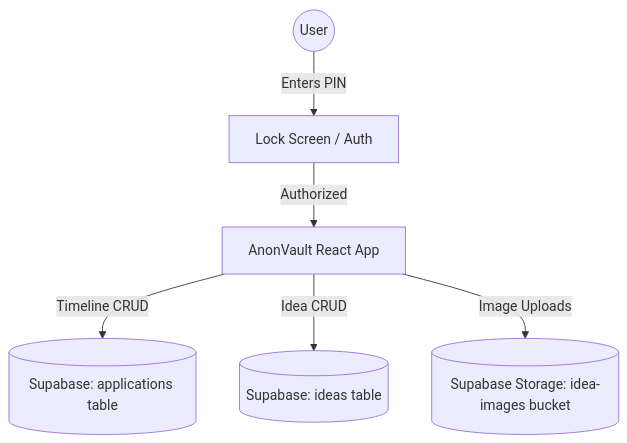
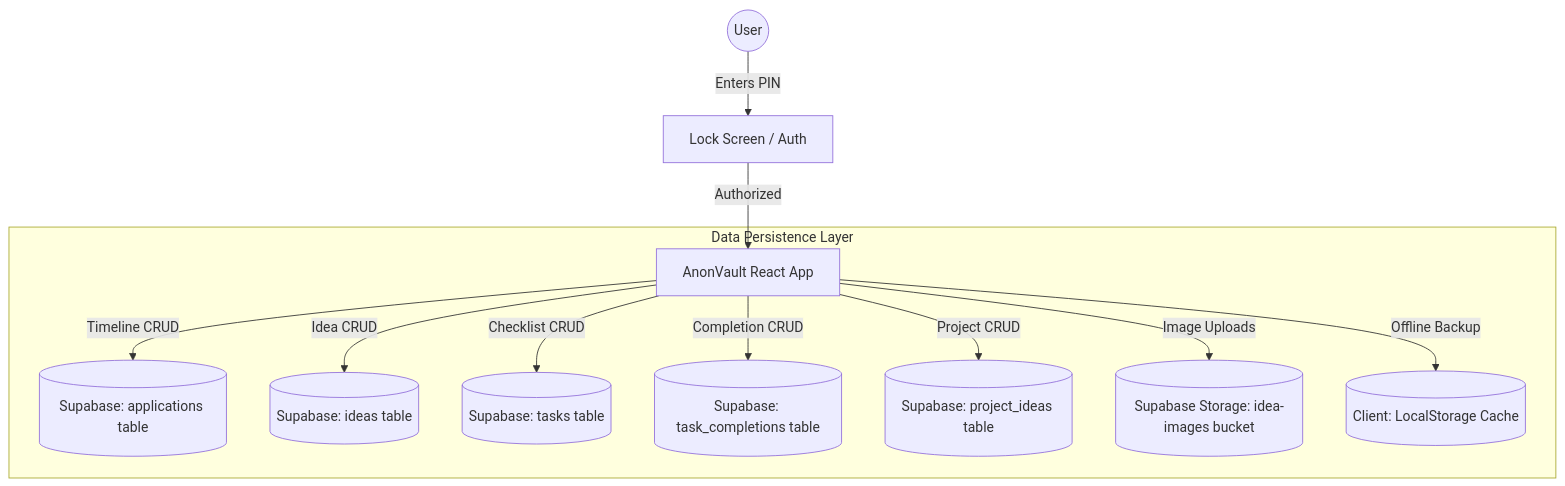
One commit to TuShArBhArDwA/AnonVault changed the diagram in docs/hld.md. Above: the diagram before and after it, drawn with Mermaid. The commit also changed other lines of this file and 10 other files, not shown here.

````diff
--- a/docs/hld.md
+++ b/docs/hld.md
@@ -11,9 +11,15 @@
 ```mermaid
 graph TD
   User((User)) -->|Enters PIN| LockScreen[Lock Screen / Auth]
   LockScreen -->|Authorized| ClientApp[AnonVault React App]
   
-  ClientApp -->|Timeline CRUD| AppTable[(Supabase: applications table)]
-  ClientApp -->|Idea CRUD| IdeaTable[(Supabase: ideas table)]
-  ClientApp -->|Image Uploads| Storage[(Supabase Storage: idea-images bucket)]
+  subgraph Data Persistence Layer
+    ClientApp -->|Timeline CRUD| AppTable[(Supabase: applications table)]
+    ClientApp -->|Idea CRUD| IdeaTable[(Supabase: ideas table)]
+    ClientApp -->|Checklist CRUD| TaskTable[(Supabase: tasks table)]
+    ClientApp -->|Completion CRUD| CompTable[(Supabase: task_completions table)]
+    ClientApp -->|Project CRUD| ProjTable[(Supabase: project_ideas table)]
+    ClientApp -->|Image Uploads| Storage[(Supabase Storage: idea-images bucket)]
+    ClientApp -->|Offline Backup| LocalStorage[(Client: LocalStorage Cache)]
+  end
 ```
````
